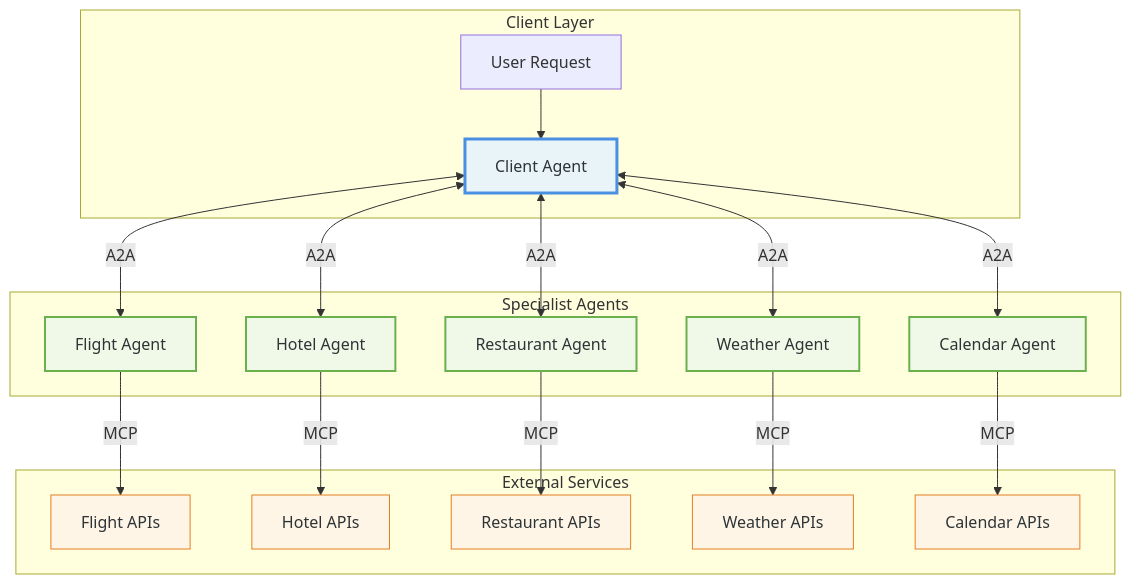
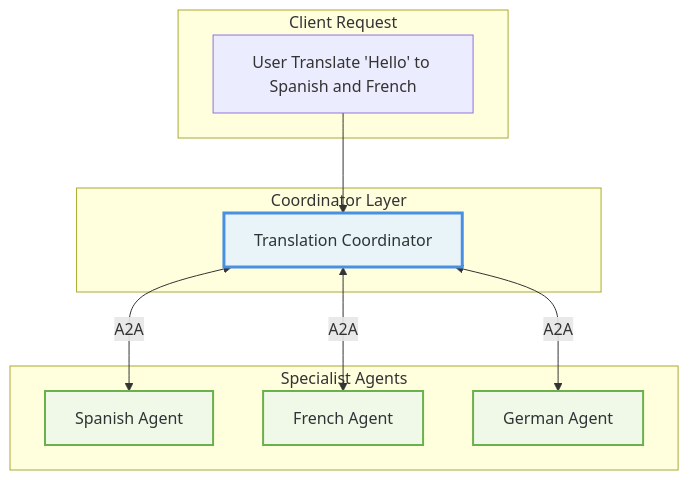
The fourth of 4 diagrams in 28-a2a.md (raphaelmansuy/tutorials), drawn with Mermaid before and after one commit. The commit also changed other lines of this file, not shown here.

Commit message:
Implement new feature for user authentication and improve error handling

````diff
--- a/28-a2a.md
+++ b/28-a2a.md
@@ -476,46 +604,26 @@
 ```mermaid
 graph TB
-    subgraph "Client Layer"
-        U[User Request] --> CA[Client Agent]
+    subgraph "Client Request"
+        U["User Translate 'Hello' to Spanish and French"]
+    end
+
+    subgraph "Coordinator Layer"
+        TC[Translation Coordinator]
     end
 
     subgraph "Specialist Agents"
-        FA[Flight Agent]
-        HA[Hotel Agent]
-        RA[Restaurant Agent]
-        WA[Weather Agent]
-        CLA[Calendar Agent]
+        SA[Spanish Agent]
+        FA[French Agent]
+        GA[German Agent]
     end
 
-    subgraph "External Services"
-        FS[Flight APIs]
-        HS[Hotel APIs]
-        RS[Restaurant APIs]
-        WS[Weather APIs]
-        CS[Calendar APIs]
-    end
+    U --> TC
+    TC <-->|A2A| SA
+    TC <-->|A2A| FA
+    TC <-->|A2A| GA
 
-    CA <-->|A2A| FA
-    CA <-->|A2A| HA
-    CA <-->|A2A| RA
-    CA <-->|A2A| WA
-    CA <-->|A2A| CLA
-
-    FA -->|MCP| FS
-    HA -->|MCP| HS
-    RA -->|MCP| RS
-    WA -->|MCP| WS
-    CLA -->|MCP| CS
-
-    style CA fill:#e8f4f8,stroke:#4a90e2,stroke-width:3px,color:#2d3436
+    style TC fill:#e8f4f8,stroke:#4a90e2,stroke-width:3px,color:#2d3436
+    style SA fill:#f0f9e8,stroke:#6ab04c,stroke-width:2px,color:#2d3436
     style FA fill:#f0f9e8,stroke:#6ab04c,stroke-width:2px,color:#2d3436
-    style HA fill:#f0f9e8,stroke:#6ab04c,stroke-width:2px,color:#2d3436
-    style RA fill:#f0f9e8,stroke:#6ab04c,stroke-width:2px,color:#2d3436
-    style WA fill:#f0f9e8,stroke:#6ab04c,stroke-width:2px,color:#2d3436
-    style CLA fill:#f0f9e8,stroke:#6ab04c,stroke-width:2px,color:#2d3436
-    style FS fill:#fef5e7,stroke:#e67e22,stroke-width:1px,color:#2d3436
-    style HS fill:#fef5e7,stroke:#e67e22,stroke-width:1px,color:#2d3436
-    style RS fill:#fef5e7,stroke:#e67e22,stroke-width:1px,color:#2d3436
-    style WS fill:#fef5e7,stroke:#e67e22,stroke-width:1px,color:#2d3436
-    style CS fill:#fef5e7,stroke:#e67e22,stroke-width:1px,color:#2d3436
+    style GA fill:#f0f9e8,stroke:#6ab04c,stroke-width:2px,color:#2d3436
 ```
````
